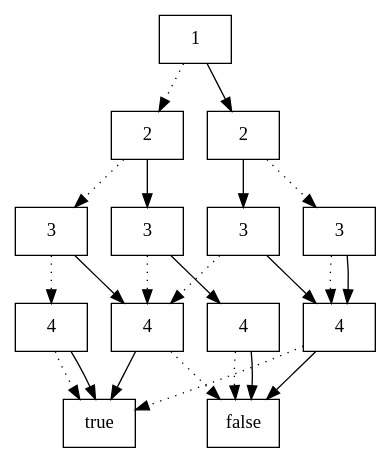
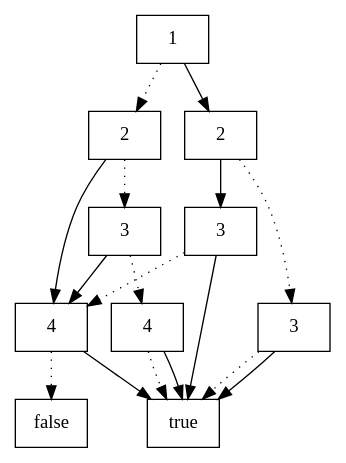
Before and after one commit to Freecs11/ouv_project: the diagram in testcompressed22.dot, drawn with Graphviz. The commit also changed 1 other file, not shown here.

```diff
--- a/testcompressed22.dot
+++ b/testcompressed22.dot
@@ -1,37 +1,28 @@
 digraph G {
 0 [label="1" shape="cercle"];
 1 [label="2" shape="cercle"];
 2 [label="3" shape="cercle"];
 3 [label="4" shape="cercle"];
 4 [label="true" shape="cercle"];
 3 -> 4 [style=dotted];
 3 -> 4;
 5 [label="4" shape="cercle"];
 6 [label="false" shape="cercle"];
 5 -> 6 [style=dotted];
 5 -> 4;
 2 -> 3 [style=dotted];
 2 -> 5;
-7 [label="3" shape="cercle"];
-8 [label="4" shape="cercle"];
-8 -> 6 [style=dotted];
-8 -> 6;
-7 -> 5 [style=dotted];
-7 -> 8;
 1 -> 2 [style=dotted];
-1 -> 7;
-9 [label="2" shape="cercle"];
-10 [label="3" shape="cercle"];
-11 [label="4" shape="cercle"];
-11 -> 4 [style=dotted];
-11 -> 6;
-10 -> 11 [style=dotted];
-10 -> 11;
-12 [label="3" shape="cercle"];
-12 -> 5 [style=dotted];
-12 -> 11;
-9 -> 10 [style=dotted];
-9 -> 12;
+1 -> 5;
+7 [label="2" shape="cercle"];
+8 [label="3" shape="cercle"];
+8 -> 4 [style=dotted];
+8 -> 4;
+9 [label="3" shape="cercle"];
+9 -> 5 [style=dotted];
+9 -> 4;
+7 -> 8 [style=dotted];
+7 -> 9;
 0 -> 1 [style=dotted];
-0 -> 9;
+0 -> 7;
 }
```
